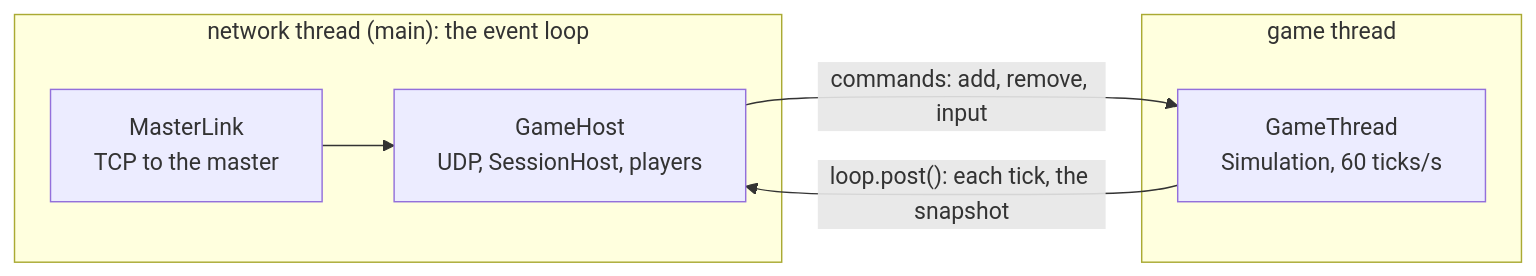
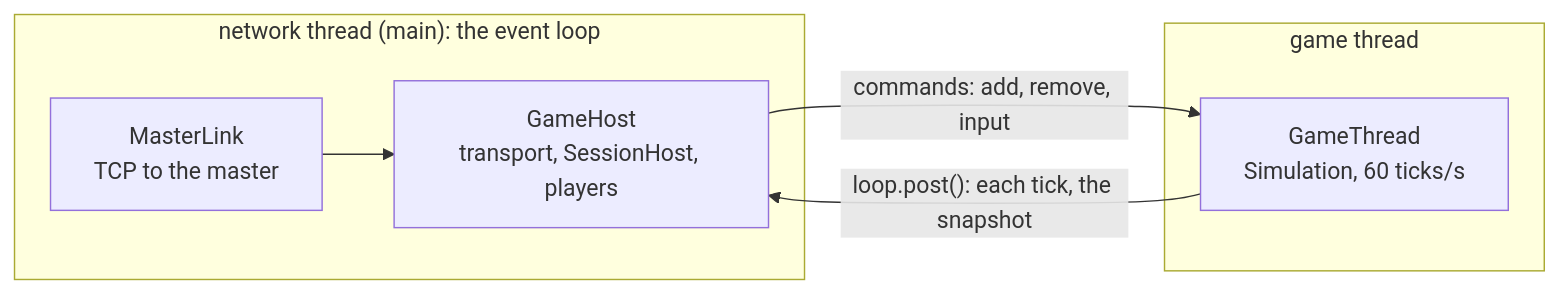
The fifth of 6 diagrams in docs/architecture/server.md (Akinator31/Rtype), drawn with Mermaid before and after one commit. The commit also changed other lines of this file, not shown here.

Commit message:
docs(server): describe the transport of GameHost

````diff
--- a/docs/architecture/server.md
+++ b/docs/architecture/server.md
@@ -386,13 +388,13 @@
 ```mermaid
 flowchart LR
     subgraph Net["network thread (main): the event loop"]
         Link["MasterLink<br/>TCP to the master"]
-        Host["GameHost<br/>UDP, SessionHost, players"]
+        Host["GameHost<br/>transport, SessionHost, players"]
     end
     subgraph Sim["game thread"]
         Game["GameThread<br/>Simulation, 60 ticks/s"]
     end
     Link --> Host
     Host -- "commands: add, remove, input" --> Game
     Game -- "loop.post(): each tick, the snapshot" --> Host
 ```
````
